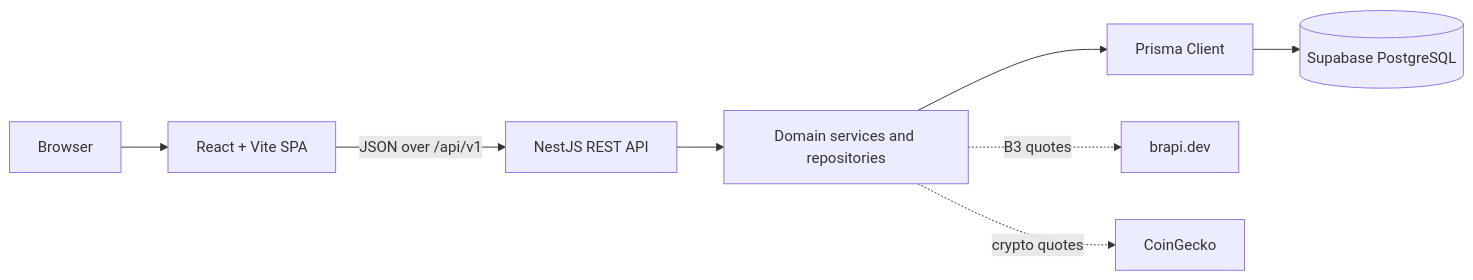
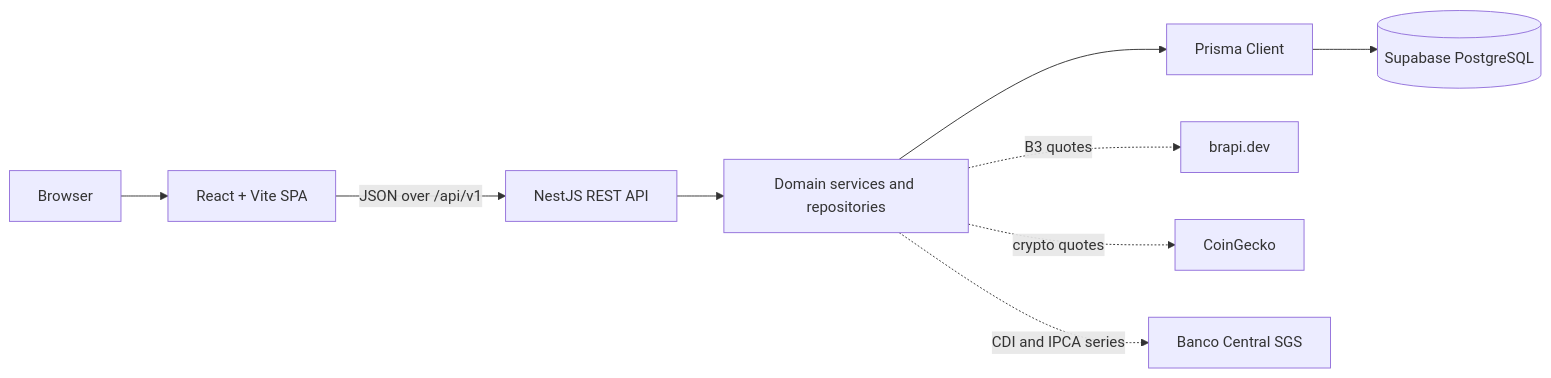
Before and after one commit to salmoriadev/FinanceBuddy: the diagram in README.md, drawn with Mermaid. The commit also changed other lines of this file, not shown here.

````diff
--- a/README.md
+++ b/README.md
@@ -44,19 +44,21 @@
 ```mermaid
 flowchart LR
   Browser[Browser]
   Web[React + Vite SPA]
   API[NestJS REST API]
   Domain[Domain services and repositories]
   Prisma[Prisma Client]
   DB[(Supabase PostgreSQL)]
   Brapi[brapi.dev]
   CoinGecko[CoinGecko]
+  BCB[Banco Central SGS]
 
   Browser --> Web
   Web -->|JSON over /api/v1| API
   API --> Domain
   Domain --> Prisma
   Prisma --> DB
   Domain -. B3 quotes .-> Brapi
   Domain -. crypto quotes .-> CoinGecko
+  Domain -. CDI and IPCA series .-> BCB
 ```
````
